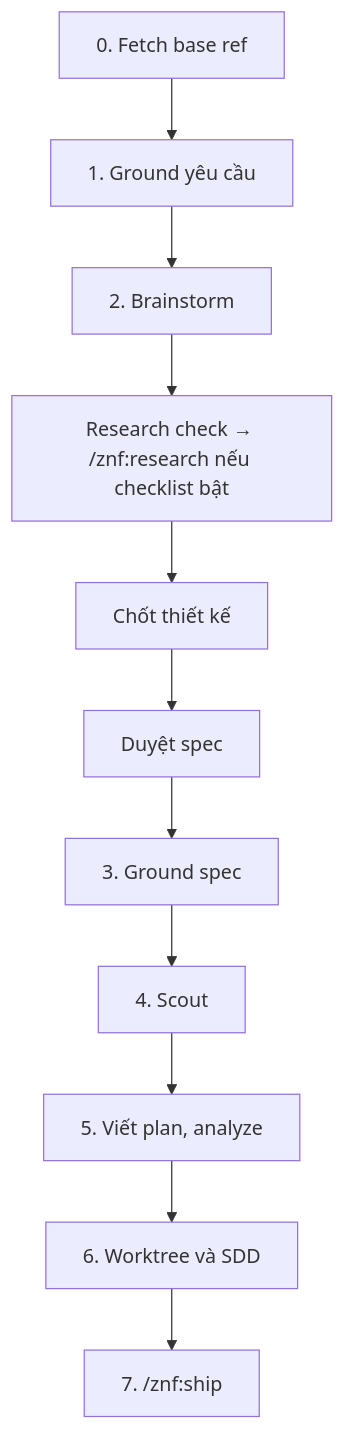
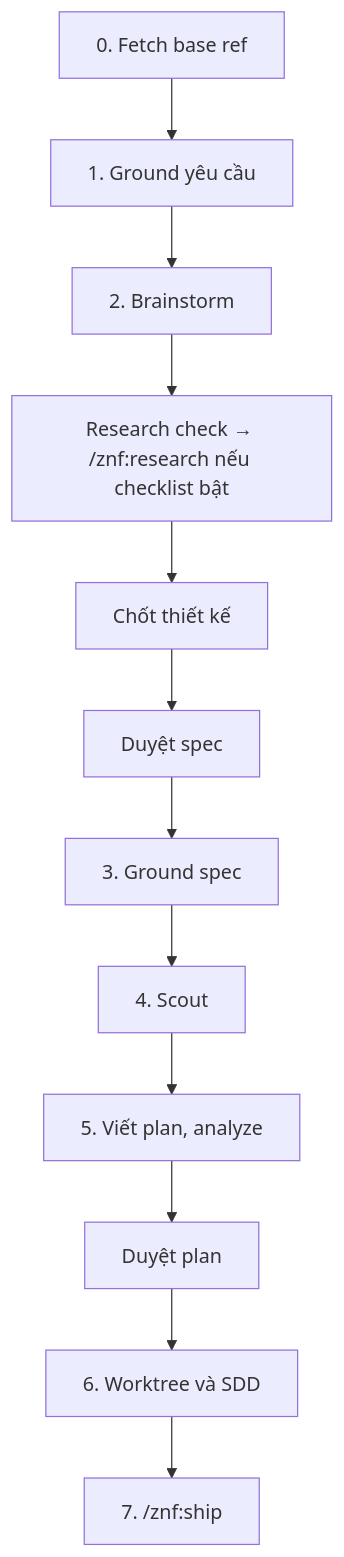
One commit to ZenifyAIContactCenter/zenify-kit changed the diagram in website/workflows/cook.md. Above: the diagram before and after it, drawn with Mermaid. The commit also changed other lines of this file and 3 other files, not shown here.

````diff
--- a/website/workflows/cook.md
+++ b/website/workflows/cook.md
@@ -46,15 +46,16 @@
 ```mermaid
 flowchart TD
   A["0. Fetch base ref"] --> B["1. Ground yêu cầu"]
   B --> C["2. Brainstorm"]
   C --> C2["Research check → /znf:research nếu checklist bật"]
   C2 --> D["Chốt thiết kế"]
   D --> E["Duyệt spec"]
   E --> F["3. Ground spec"]
   F --> G["4. Scout"]
   G --> H["5. Viết plan, analyze"]
-  H --> I["6. Worktree và SDD"]
+  H --> H2["Duyệt plan"]
+  H2 --> I["6. Worktree và SDD"]
   I --> J["7. /znf:ship"]
   class A,B,C,C2,F,G,H,I,J action
-  class D,E user
+  class D,E,H2 user
 ```
````
